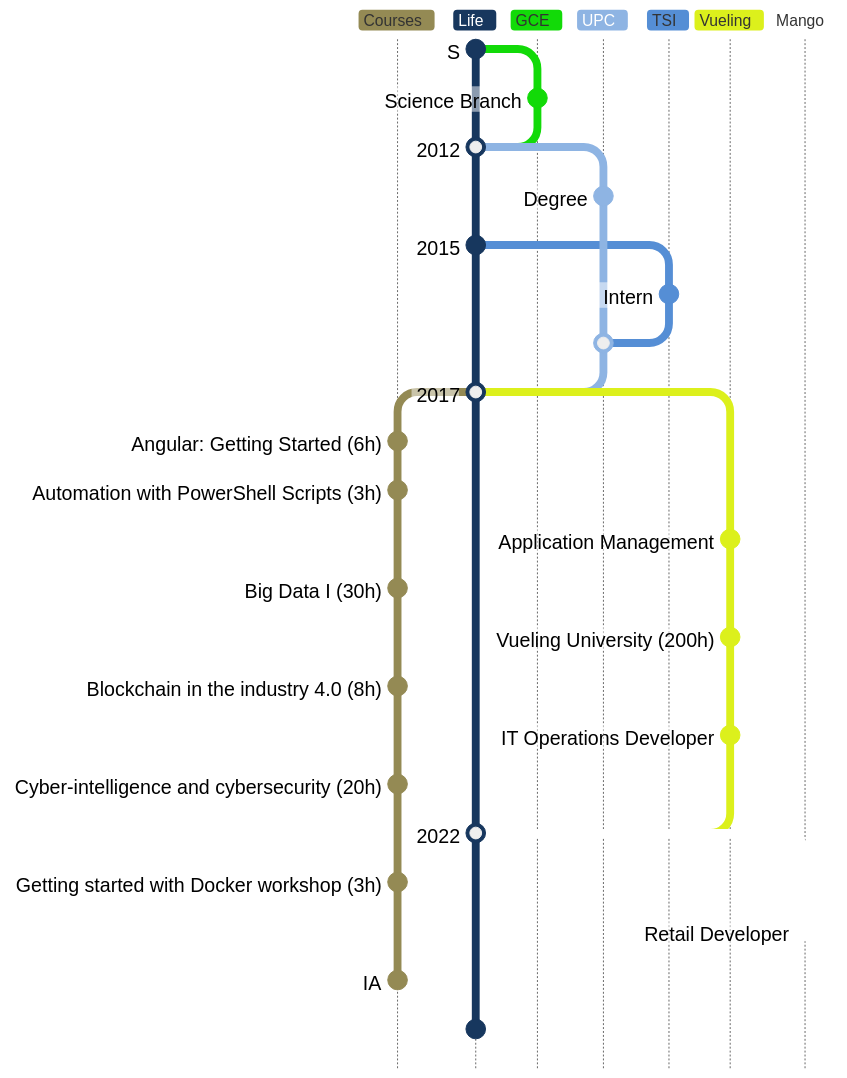
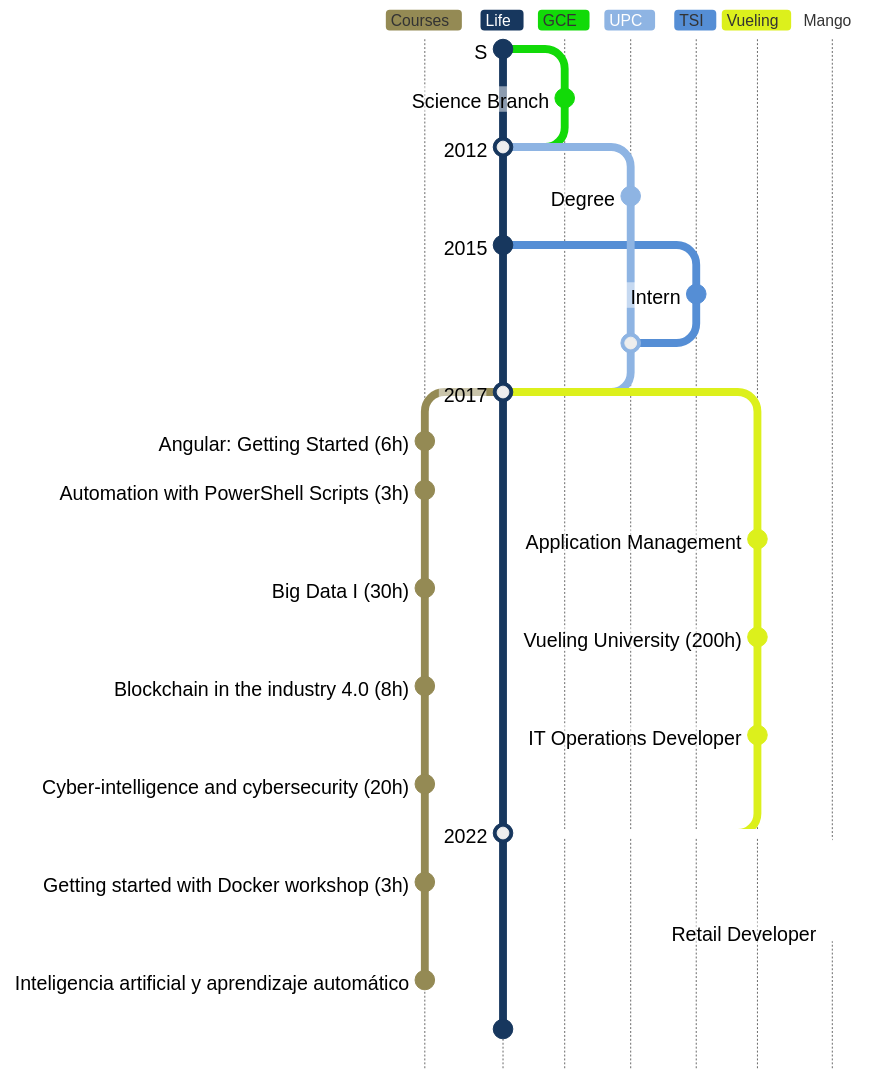
One commit to Sunther/CV changed the diagram in CV.md. Above: the diagram before and after it, drawn with Mermaid. The commit also changed other lines of this file, not shown here.

Commit message:
Update CV

```diff
--- a/CV.md
+++ b/CV.md
@@ -78,7 +78,7 @@
     commit id: "Retail Developer"
 
     checkout Courses
-    commit id: "IA"
+    commit id: "Inteligencia artificial y aprendizaje automático"
 
     checkout Life
     commit id: " "
```
